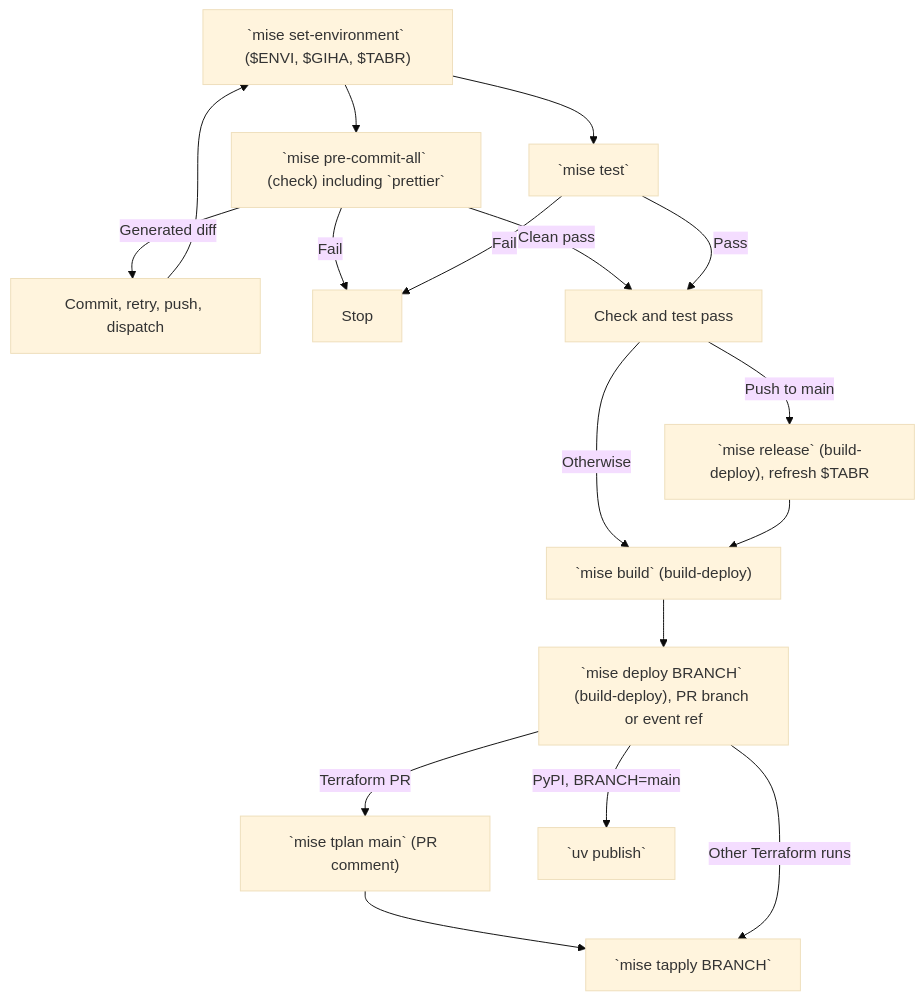
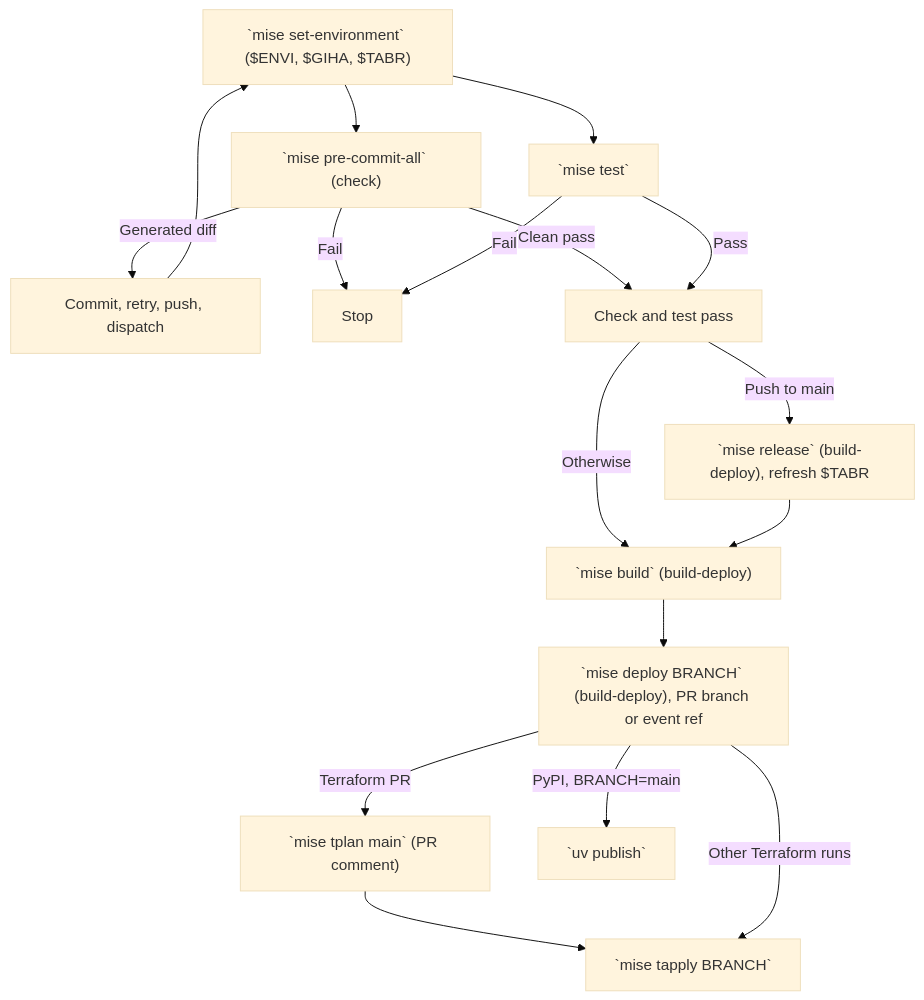
The diagram in README.md (biobuddies/measles), drawn with Mermaid (base theme) before and after one commit.

Commit message:
Keep the workflow diagram at the task level

````diff
--- a/README.md
+++ b/README.md
@@ -78,19 +78,19 @@
 ```mermaid
 flowchart TD
-    Context[" `mise set-environment` ($ENVI, $GIHA, $TABR)"] --> Check[" `mise pre-commit-all` (check) including `prettier`"]
+    Context[" `mise set-environment` ($ENVI, $GIHA, $TABR)"] --> Check[" `mise pre-commit-all` (check)"]
     Context --> Test[" `mise test`"]
     Check -- "Generated diff" --> Retry["Commit, retry, push, dispatch"]
     Retry --> Context
     Check -- Fail --> Stop["Stop"]
     Test -- Fail --> Stop
     Check -- "Clean pass" --> BuildDeploy["Check and test pass"]
     Test -- Pass --> BuildDeploy
     BuildDeploy -- "Push to main" --> Release[" `mise release` (build-deploy), refresh $TABR"]
     BuildDeploy -- Otherwise --> Build[" `mise build` (build-deploy)"]
     Release --> Build
     Build --> Deploy[" `mise deploy BRANCH` (build-deploy), PR branch or event ref"]
     Deploy -- "Terraform PR" --> Plan[" `mise tplan main` (PR comment)"]
     Plan --> Apply[" `mise tapply BRANCH`"]
     Deploy -- "Other Terraform runs" --> Apply
     Deploy -- "PyPI, BRANCH=main" --> Publish[" `uv publish`"]
 ```
````
